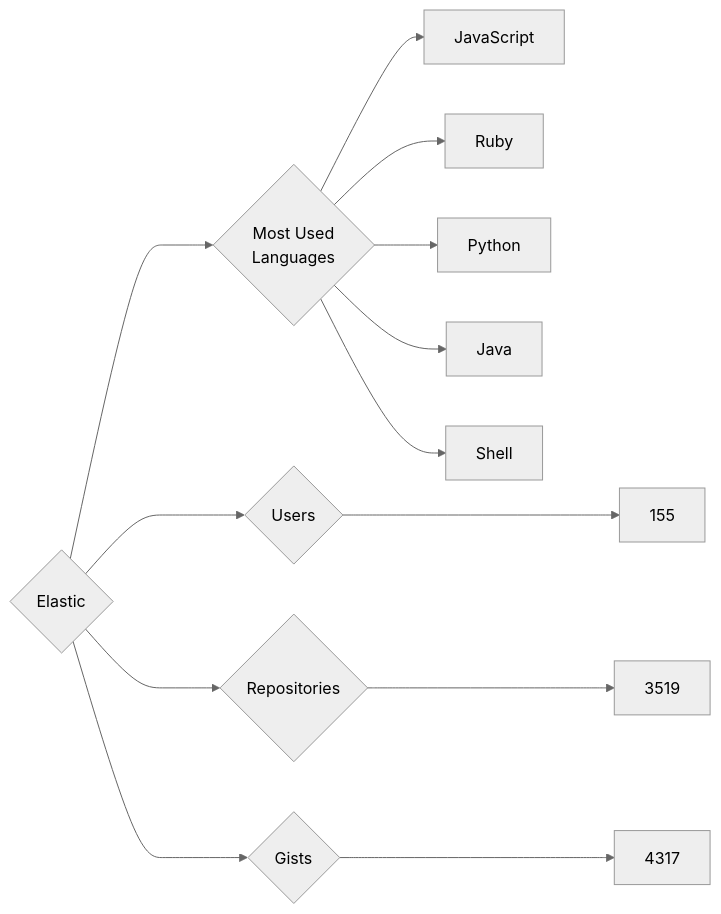
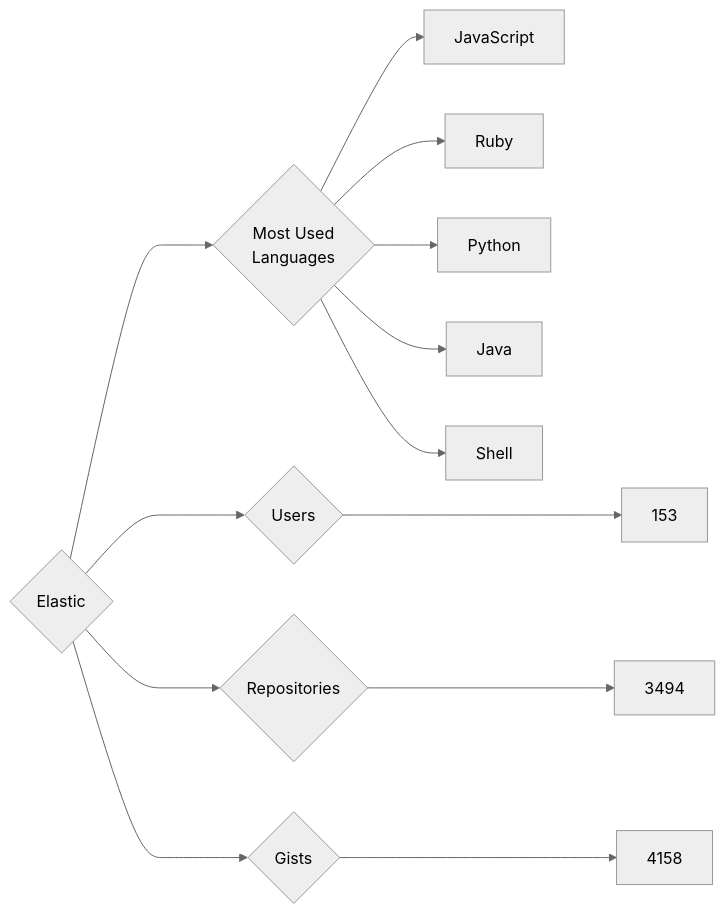
One commit to trickest/insiders changed the diagram in targets/Elastic/README.md. Above: the diagram before and after it, drawn with Mermaid (neutral theme). The commit also changed 944 other files, not shown here.

````diff
--- a/targets/Elastic/README.md
+++ b/targets/Elastic/README.md
@@ -3,13 +3,13 @@
 ```mermaid
 graph LR
 COMPANY_NAME{Elastic}
-COMPANY_NAME ---> U{Users} ---> UN[155]
-COMPANY_NAME ---> R{Repositories} ---> RN[3519]
-COMPANY_NAME ---> G{Gists} ---> GN[4317]
+COMPANY_NAME ---> U{Users} ---> UN[153]
+COMPANY_NAME ---> R{Repositories} ---> RN[3494]
+COMPANY_NAME ---> G{Gists} ---> GN[4158]
 COMPANY_NAME ---> ML{Most Used<br>Languages}
 ML --> JavaScript[JavaScript]
 ML --> Ruby[Ruby]
 ML --> Python[Python]
 ML --> Java[Java]
 ML --> Shell[Shell]
 ```
````
